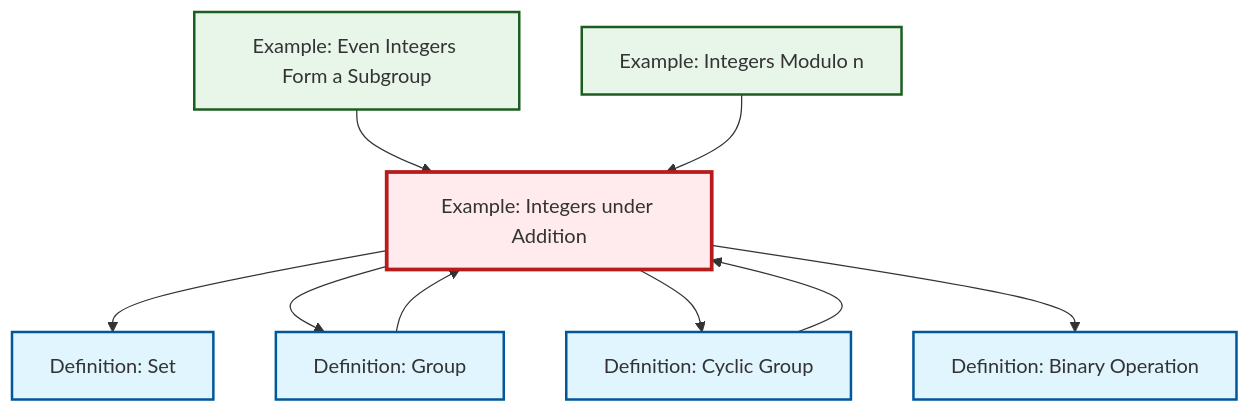
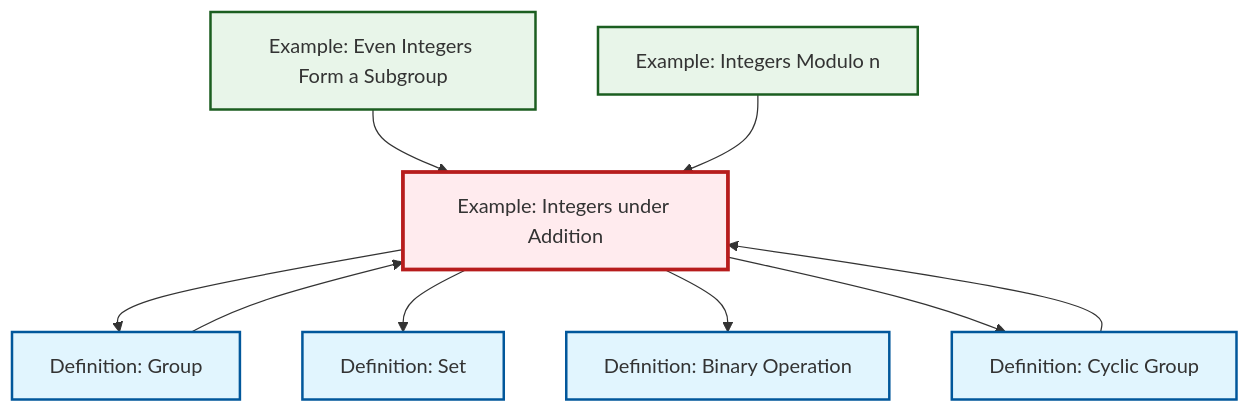
Before and after one commit to RK0429/ModernMath: the diagram in content/ja/algebra/ex-integers-addition.qmd, drawn with Mermaid. The commit also changed other lines of this file and 434 other files, not shown here.

````diff
--- a/content/ja/algebra/ex-integers-addition.qmd
+++ b/content/ja/algebra/ex-integers-addition.qmd
@@ -73,31 +73,31 @@
 ```{mermaid}
 %%| fig-cap: "Local dependency graph"
 graph TD
     classDef definition fill:#e1f5fe,stroke:#01579b,stroke-width:2px
     classDef theorem fill:#f3e5f5,stroke:#4a148c,stroke-width:2px
     classDef axiom fill:#fff3e0,stroke:#e65100,stroke-width:2px
     classDef example fill:#e8f5e9,stroke:#1b5e20,stroke-width:2px
     classDef current fill:#ffebee,stroke:#b71c1c,stroke-width:3px
+    def-set["Definition: Set"]:::definition
+    ex-quotient-integers-mod-n["Example: Integers Modulo n"]:::example
+    def-group["Definition: Group"]:::definition
+    def-binary-operation["Definition: Binary Operation"]:::definition
+    ex-integers-addition["Example: Integers under Addition"]:::example
     ex-even-integers-subgroup["Example: Even Integers Form a Subgroup"]:::example
     def-cyclic-group["Definition: Cyclic Group"]:::definition
-    ex-quotient-integers-mod-n["Example: Integers Modulo n"]:::example
-    ex-integers-addition["Example: Integers under Addition"]:::example
-    def-binary-operation["Definition: Binary Operation"]:::definition
-    def-group["Definition: Group"]:::definition
-    def-set["Definition: Set"]:::definition
-    ex-integers-addition --> def-set
     ex-integers-addition --> def-group
     ex-even-integers-subgroup --> ex-integers-addition
+    ex-integers-addition --> def-set
+    def-cyclic-group --> ex-integers-addition
+    ex-integers-addition --> def-binary-operation
+    def-group --> ex-integers-addition
     ex-integers-addition --> def-cyclic-group
     ex-quotient-integers-mod-n --> ex-integers-addition
-    def-group --> ex-integers-addition
-    def-cyclic-group --> ex-integers-addition
-    ex-integers-addition --> def-binary-operation
     class ex-integers-addition current
+    click def-set "def-set.html" "Definition: Setへ"
+    click ex-quotient-integers-mod-n "ex-quotient-integers-mod-n.html" "Example: Integers Modulo nへ"
+    click def-group "def-group.html" "Definition: Groupへ"
+    click def-binary-operation "def-binary-operation.html" "Definition: Binary Operationへ"
     click ex-even-integers-subgroup "ex-even-integers-subgroup.html" "Example: Even Integers Form a Subgroupへ"
     click def-cyclic-group "def-cyclic-group.html" "Definition: Cyclic Groupへ"
-    click ex-quotient-integers-mod-n "ex-quotient-integers-mod-n.html" "Example: Integers Modulo nへ"
-    click def-binary-operation "def-binary-operation.html" "Definition: Binary Operationへ"
-    click def-group "def-group.html" "Definition: Groupへ"
-    click def-set "def-set.html" "Definition: Setへ"
 ```
````
